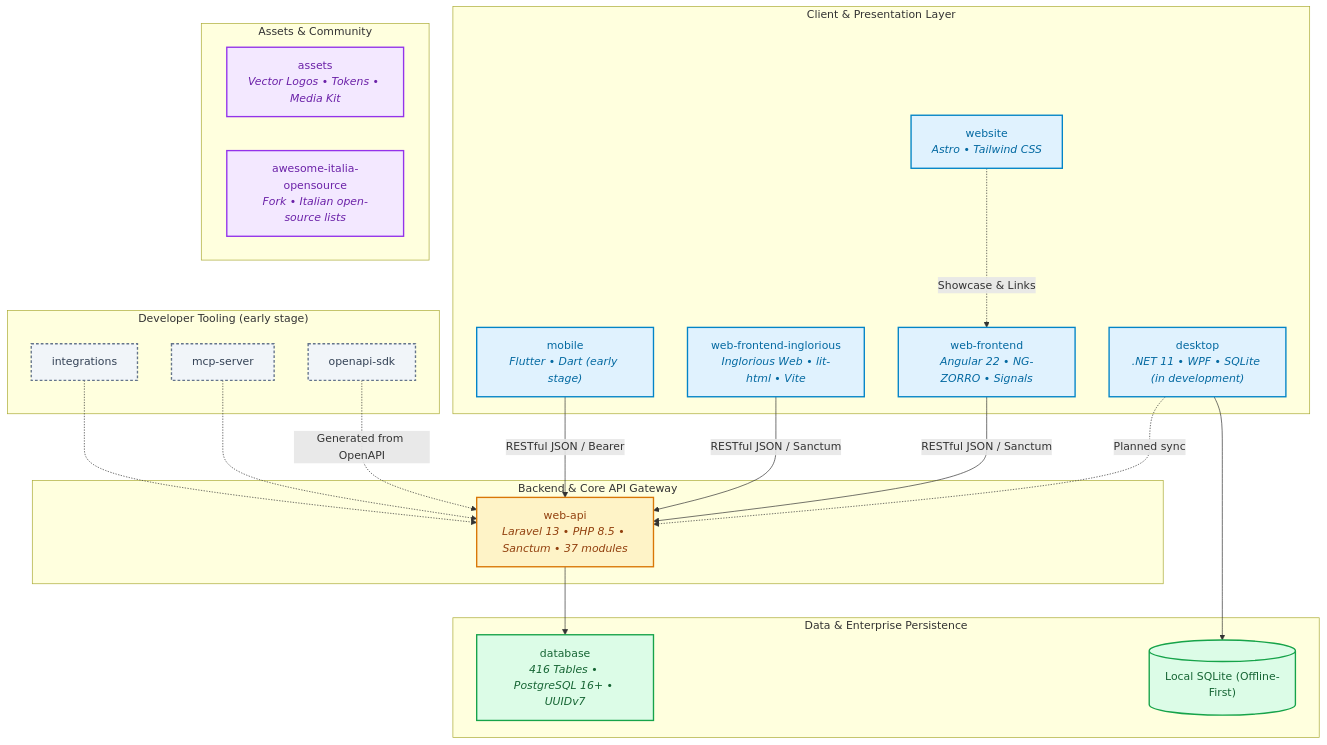
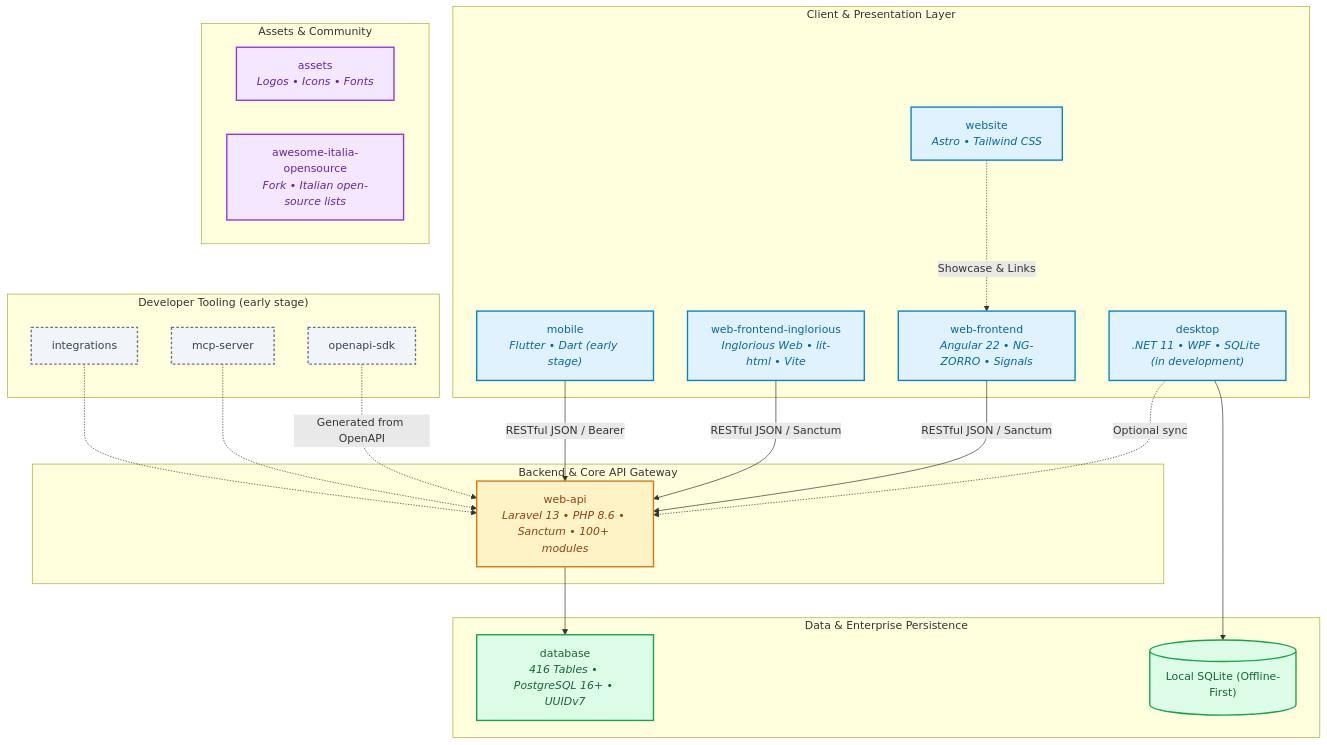
One commit to FatturaFacile/FatturaFacile changed the first of 2 diagrams in README.md. Above: the diagram before and after it, drawn with Mermaid. The commit also changed other lines of this file, not shown here.

````diff
--- a/README.md
+++ b/README.md
@@ -49,47 +49,47 @@
 ```mermaid
 graph TD
     classDef client fill:#e0f2fe,stroke:#0284c7,stroke-width:2px,color:#0369a1;
     classDef service fill:#fef3c7,stroke:#d97706,stroke-width:2px,color:#92400e;
     classDef data fill:#dcfce7,stroke:#16a34a,stroke-width:2px,color:#166534;
     classDef docs fill:#f3e8ff,stroke:#9333ea,stroke-width:2px,color:#6b21a8;
     classDef dev fill:#f1f5f9,stroke:#64748b,stroke-width:2px,stroke-dasharray:4 3,color:#334155;
 
     subgraph Presentation ["Client & Presentation Layer"]
         DESK["desktop<br/><i>.NET 11 &bull; WPF &bull; SQLite (in development)</i>"]:::client
         WEB["web-frontend<br/><i>Angular 22 &bull; NG-ZORRO &bull; Signals</i>"]:::client
         WEB_ING["web-frontend-inglorious<br/><i>Inglorious Web &bull; lit-html &bull; Vite</i>"]:::client
         MOB["mobile<br/><i>Flutter &bull; Dart (early stage)</i>"]:::client
         SITE["website<br/><i>Astro &bull; Tailwind CSS</i>"]:::client
     end
 
     subgraph Developer ["Developer Tooling (early stage)"]
         MCP["mcp-server"]:::dev
         INTEG["integrations"]:::dev
         SDK["openapi-sdk"]:::dev
     end
 
     subgraph ServiceLayer ["Backend & Core API Gateway"]
-        API["web-api<br/><i>Laravel 13 &bull; PHP 8.5 &bull; Sanctum &bull; 37 modules</i>"]:::service
+        API["web-api<br/><i>Laravel 13 &bull; PHP 8.6 &bull; Sanctum &bull; 100+ modules</i>"]:::service
     end
 
     subgraph DataStorage ["Data & Enterprise Persistence"]
         DB_SQL["database<br/><i>416 Tables &bull; PostgreSQL 16+ &bull; UUIDv7</i>"]:::data
         SQLITE_LOCAL[("Local SQLite (Offline-First)")]:::data
     end
 
     subgraph StandardsHub ["Assets & Community"]
-        ASSETS["assets<br/><i>Vector Logos &bull; Tokens &bull; Media Kit</i>"]:::docs
+        ASSETS["assets<br/><i>Logos &bull; Icons &bull; Fonts</i>"]:::docs
         AWESOME["awesome-italia-opensource<br/><i>Fork &bull; Italian open-source lists</i>"]:::docs
     end
 
     DESK --> SQLITE_LOCAL
-    DESK -.->|Planned sync| API
+    DESK -.->|Optional sync| API
     WEB -->|RESTful JSON / Sanctum| API
     WEB_ING -->|RESTful JSON / Sanctum| API
     MOB -->|RESTful JSON / Bearer| API
     SITE -.->|Showcase & Links| WEB
     API --> DB_SQL
     SDK -.->|Generated from OpenAPI| API
     MCP -.-> API
     INTEG -.-> API
 ```
````
